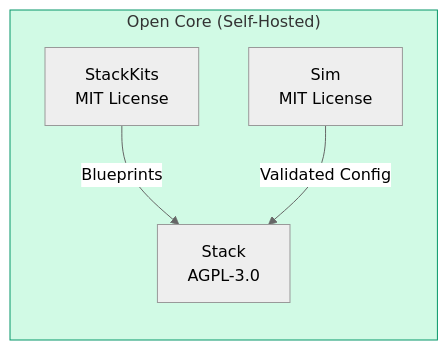
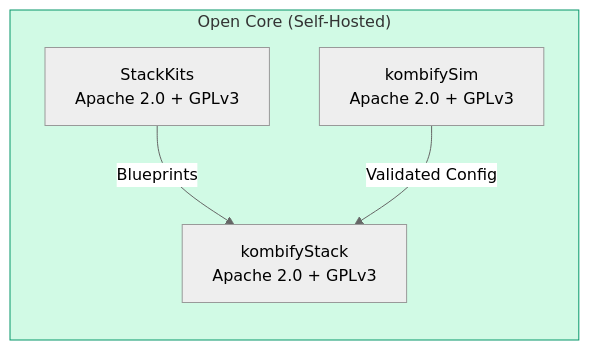
Before and after one commit to KombiverseLabs/docs: the third of 8 diagrams in ecosystem.mdx, drawn with Mermaid (neutral theme). The commit also changed other lines of this file and 31 other files, not shown here.

````diff
--- a/ecosystem.mdx
+++ b/ecosystem.mdx
@@ -122,13 +122,13 @@
 ```mermaid
 graph LR
     subgraph OpenCore["Open Core (Self-Hosted)"]
-        SK["StackKits<br/>MIT License"]
-        Sim["Sim<br/>MIT License"]
-        Stack["Stack<br/>AGPL-3.0"]
+        SK["StackKits<br/>Apache 2.0 + GPLv3"]
+        Sim["kombifySim<br/>Apache 2.0 + GPLv3"]
+        Stack["kombifyStack<br/>Apache 2.0 + GPLv3"]
     end
     
     SK -->|Blueprints| Stack
     Sim -->|Validated Config| Stack
     
     style OpenCore fill:#d1fae5,stroke:#059669
 ```
````
